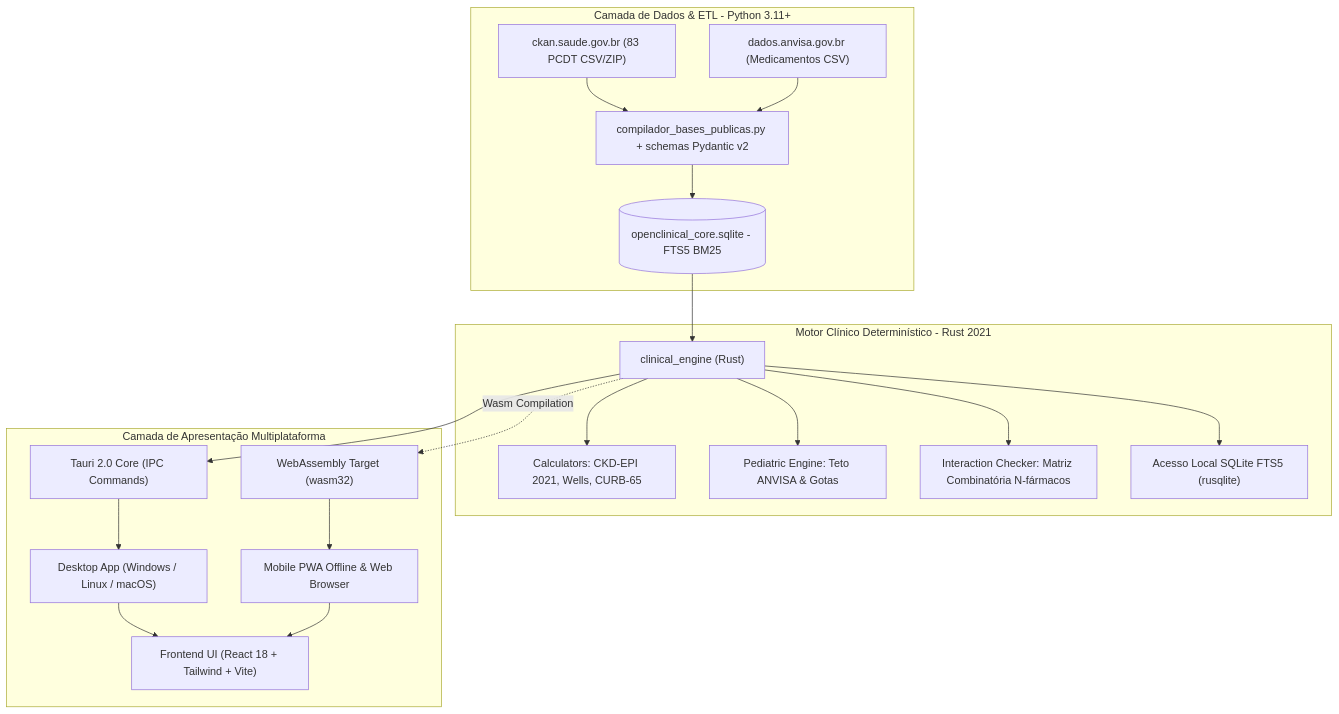
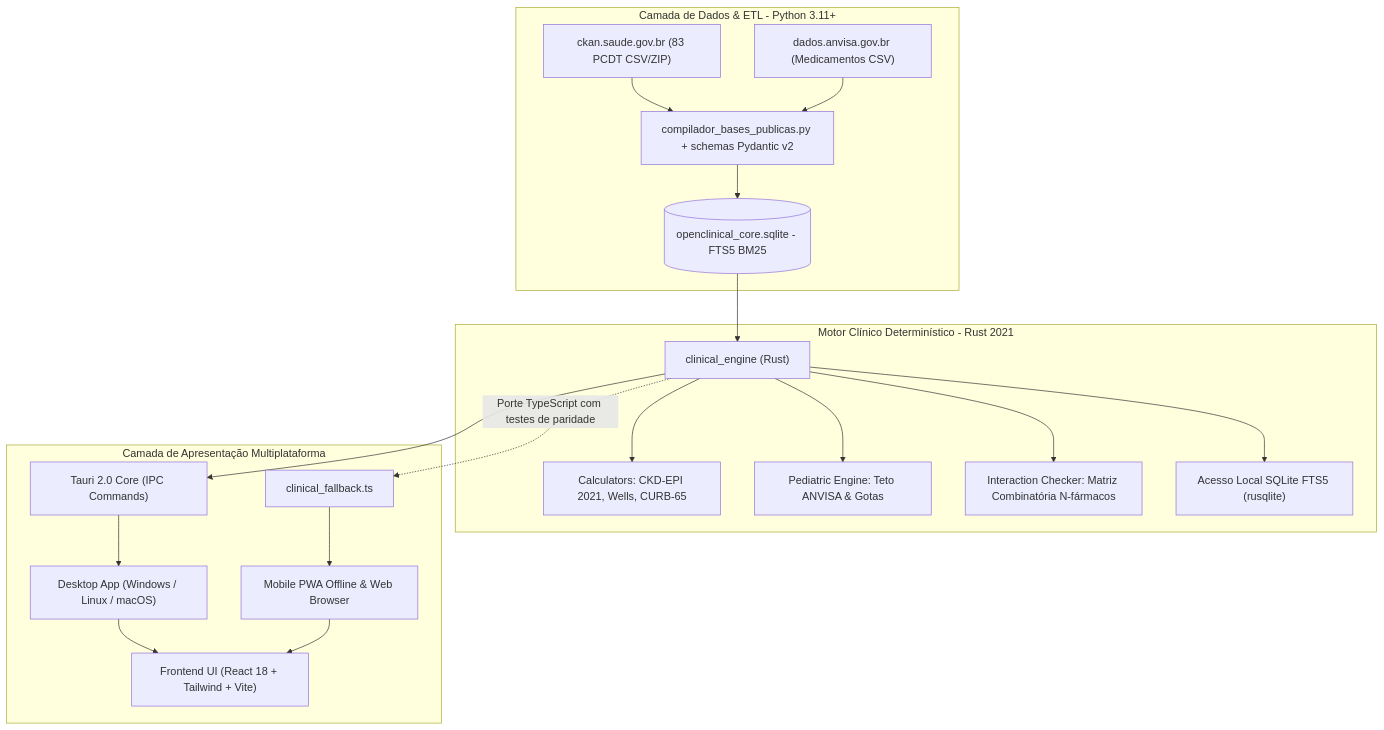
One commit to gustavohpinheiro/OpenMedical changed the diagram in DOCUMENTACAO_TECNICA_OPENCLINICAL.md. Above: the diagram before and after it, drawn with Mermaid. The commit also changed other lines of this file and 5474 other files, not shown here.

````diff
--- a/DOCUMENTACAO_TECNICA_OPENCLINICAL.md
+++ b/DOCUMENTACAO_TECNICA_OPENCLINICAL.md
@@ -15,27 +15,27 @@
 ```mermaid
 flowchart TD
     subgraph Camada_Ingestao [Camada de Dados & ETL - Python 3.11+]
         PCDT_MS["ckan.saude.gov.br (83 PCDT CSV/ZIP)"]
         ANVISA["dados.anvisa.gov.br (Medicamentos CSV)"]
         ETL["compilador_bases_publicas.py + schemas Pydantic v2"]
         PCDT_MS --> ETL
         ANVISA --> ETL
         ETL --> DB[(openclinical_core.sqlite - FTS5 BM25)]
     end
 
     subgraph Motor_Clinico [Motor Clínico Determinístico - Rust 2021]
         DB --> Engine["clinical_engine (Rust)"]
         Engine --> Calc["Calculators: CKD-EPI 2021, Wells, CURB-65"]
         Engine --> Pedia["Pediatric Engine: Teto ANVISA & Gotas"]
         Engine --> Inter["Interaction Checker: Matriz Combinatória N-fármacos"]
         Engine --> FTS["Acesso Local SQLite FTS5 (rusqlite)"]
     end
 
     subgraph Apresentacao [Camada de Apresentação Multiplataforma]
         Engine --> TauriIPC["Tauri 2.0 Core (IPC Commands)"]
         TauriIPC --> DesktopUI["Desktop App (Windows / Linux / macOS)"]
-        Engine -.->|Wasm Compilation| WasmTarget["WebAssembly Target (wasm32)"]
-        WasmTarget --> PWAUI["Mobile PWA Offline & Web Browser"]
+        Engine -.->|Porte TypeScript com testes de paridade| TsPort["clinical_fallback.ts"]
+        TsPort --> PWAUI["Mobile PWA Offline & Web Browser"]
         DesktopUI & PWAUI --> UI["Frontend UI (React 18 + Tailwind + Vite)"]
     end
 ```
````
